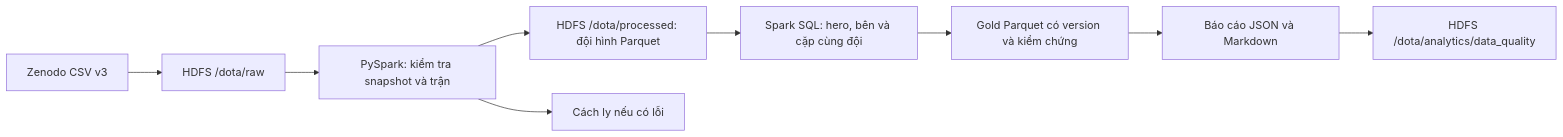
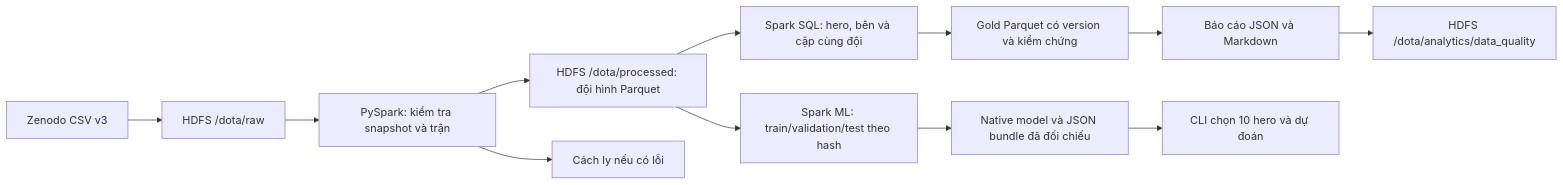
One commit to ncdanh0311/Dota2_BigData changed the diagram in README.md. Above: the diagram before and after it, drawn with Mermaid. The commit also changed other lines of this file and 16 other files, not shown here.

````diff
--- a/README.md
+++ b/README.md
@@ -33,11 +37,14 @@
 ```mermaid
 flowchart LR
     Z[Zenodo CSV v3] --> R[HDFS /dota/raw]
     R --> V[PySpark: kiểm tra snapshot và trận]
     V --> P[HDFS /dota/processed: đội hình Parquet]
     V --> Q[Cách ly nếu có lỗi]
     P --> S[Spark SQL: hero, bên và cặp cùng đội]
     S --> G[Gold Parquet có version và kiểm chứng]
     G --> E[Báo cáo JSON và Markdown]
+    P --> M[Spark ML: train/validation/test theo hash]
+    M --> B[Native model và JSON bundle đã đối chiếu]
+    B --> D[CLI chọn 10 hero và dự đoán]
     E --> A[HDFS /dota/analytics/data_quality]
 ```
````
